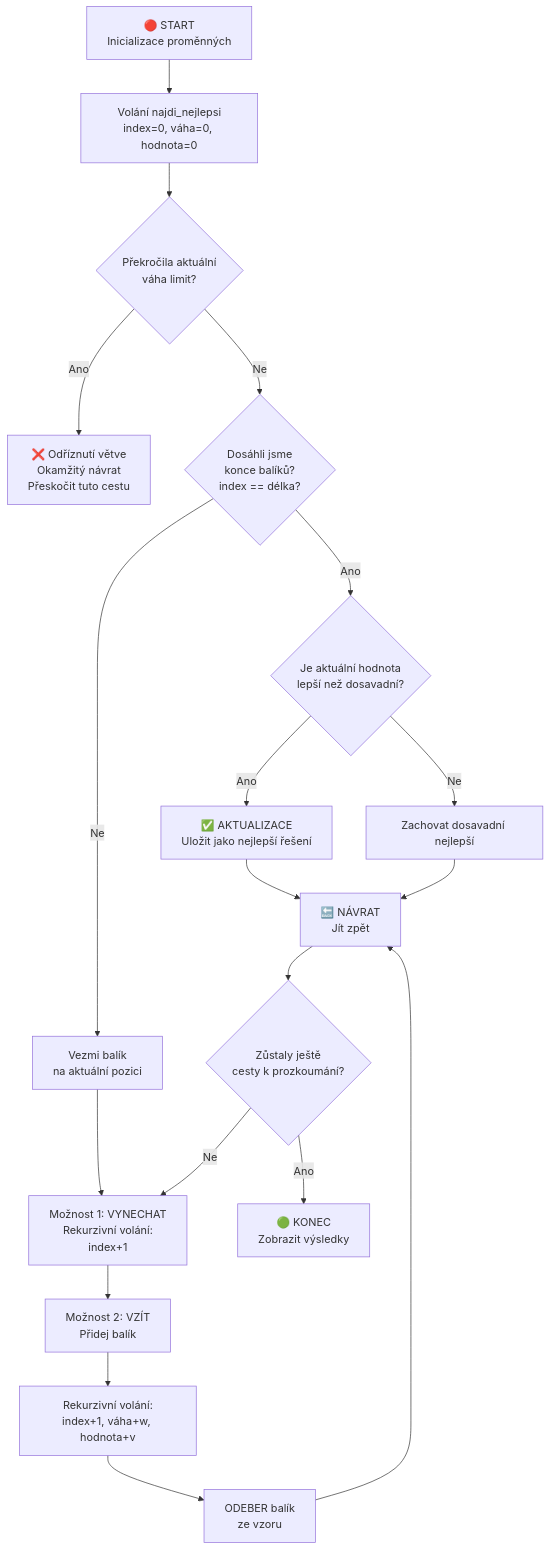
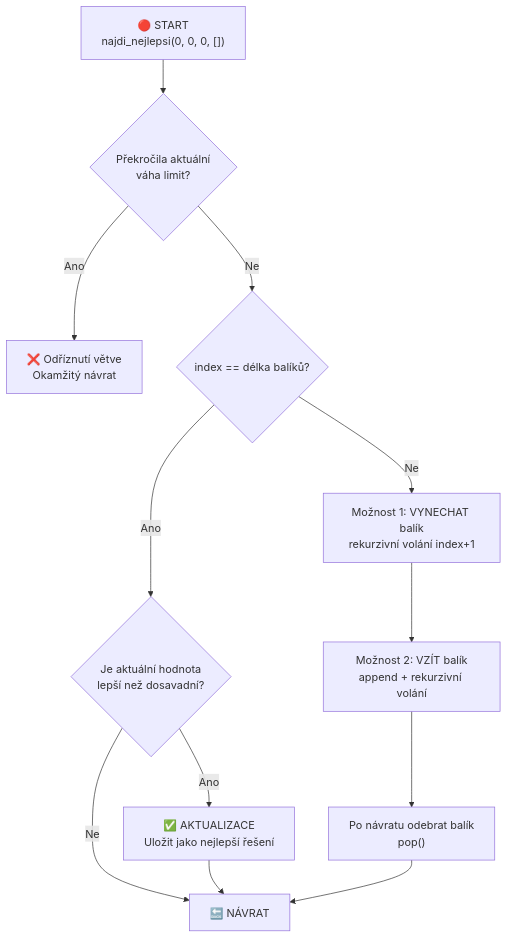
The diagram in readme.md (Morik5/teoreticka), drawn with Mermaid before and after one commit.

````diff
--- a/readme.md
+++ b/readme.md
@@ -5,21 +5,14 @@
 ```mermaid
 graph TD
-    A["🔴 START<br/>Inicializace proměnných"] --> B["Volání najdi_nejlepsi<br/>index=0, váha=0, hodnota=0"]
-    B --> C{"Překročila aktuální<br/>váha limit?"}
-    C -->|Ano| D["❌ Odříznutí větve<br/>Okamžitý návrat<br/>Přeskočit tuto cestu"]
-    C -->|Ne| E{"Dosáhli jsme<br/>konce balíků?<br/>index == délka?"}
-    E -->|Ano| F{"Je aktuální hodnota<br/>lepší než dosavadní?"}
-    F -->|Ano| G["✅ AKTUALIZACE<br/>Uložit jako nejlepší řešení"]
-    F -->|Ne| H["Zachovat dosavadní nejlepší"]
-    G --> I["🔙 NÁVRAT<br/>Jít zpět"]
-    H --> I
-    E -->|Ne| J["Vezmi balík<br/>na aktuální pozici"]
-    J --> K["Možnost 1: VYNECHAT<br/>Rekurzivní volání:<br/>index+1"]
-    K --> L["Možnost 2: VZÍT<br/>Přidej balík"]
-    L --> M["Rekurzivní volání:<br/>index+1, váha+w, hodnota+v"]
-    M --> N["ODEBER balík<br/>ze vzoru"]
-    N --> I
-    I --> O{"Zůstaly ještě<br/>cesty k prozkoumání?"}
-    O -->|Ne| K
-    O -->|Ano| P["🟢 KONEC<br/>Zobrazit výsledky"]
+   A["🔴 START<br/>najdi_nejlepsi(0, 0, 0, [])"] --> B{"Překročila aktuální<br/>váha limit?"}
+   B -->|Ano| C["❌ Odříznutí větve<br/>Okamžitý návrat"]
+   B -->|Ne| D{"index == délka balíků?"}
+   D -->|Ano| E{"Je aktuální hodnota<br/>lepší než dosavadní?"}
+   E -->|Ano| F["✅ AKTUALIZACE<br/>Uložit jako nejlepší řešení"]
+   E -->|Ne| G["🔙 NÁVRAT"]
+   F --> G
+   D -->|Ne| H["Možnost 1: VYNECHAT balík<br/>rekurzivní volání index+1"]
+   H --> I["Možnost 2: VZÍT balík<br/>append + rekurzivní volání"]
+   I --> J["Po návratu odebrat balík<br/>pop()"]
+   J --> G
 ```
````
